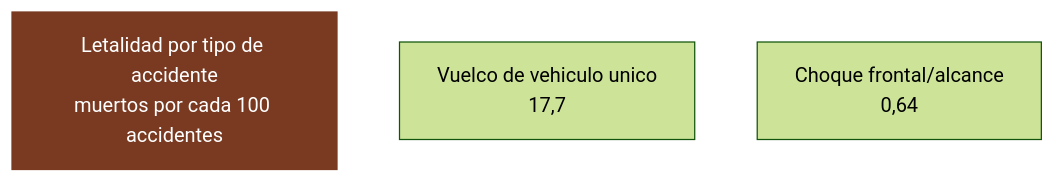
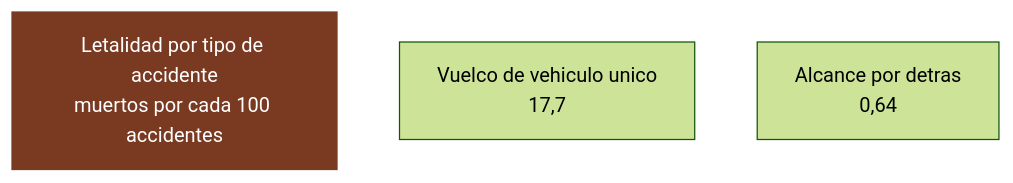
Before and after one commit to morandeirachema/namibia: the first of 2 diagrams in 06-conduccion.md, drawn with Mermaid (forest theme). The commit also changed other lines of this file and 18 other files, not shown here.

````diff
--- a/06-conduccion.md
+++ b/06-conduccion.md
@@ -37,9 +37,9 @@
 ```mermaid
 flowchart LR
     T["Letalidad por tipo de accidente<br/>muertos por cada 100 accidentes"]
     n0["Vuelco de vehiculo unico<br/>17,7"]
-    n1["Choque frontal/alcance<br/>0,64"]
+    n1["Alcance por detras<br/>0,64"]
     T ~~~ n0
     n0 ~~~ n1
     style T fill:#7a3a22,color:#fff,stroke:#7a3a22
 ```
````
